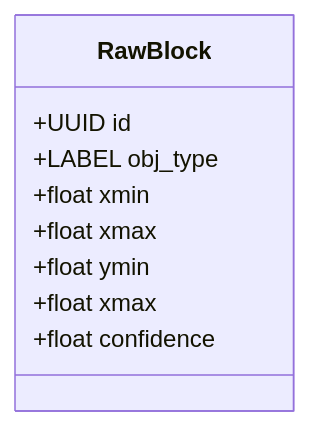
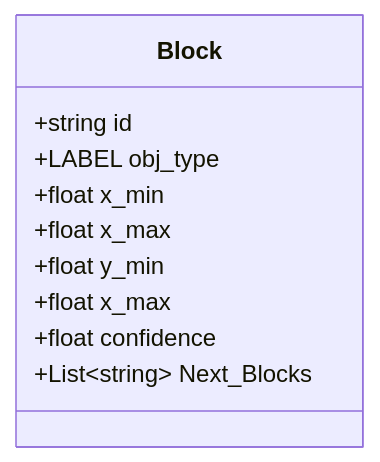
One commit to alochimpasplum/Sidekick-S-TFG changed the diagram in README.md. Above: the diagram before and after it, drawn with Mermaid. The commit also changed 6 other files, not shown here.

````diff
--- a/README.md
+++ b/README.md
@@ -3,11 +3,12 @@
 ```mermaid
 classDiagram
-    class RawBlock
-    RawBlock: +UUID id
-    RawBlock: +LABEL obj_type
-    RawBlock: +float xmin
-    RawBlock: +float xmax
-    RawBlock: +float ymin
-    RawBlock: +float xmax
-    RawBlock: +float confidence
+    class Block
+    Block: +string id
+    Block: +LABEL obj_type
+    Block: +float x_min
+    Block: +float x_max
+    Block: +float y_min
+    Block: +float x_max
+    Block: +float confidence
+    Block: +List~string~ Next_Blocks
 ```
````
